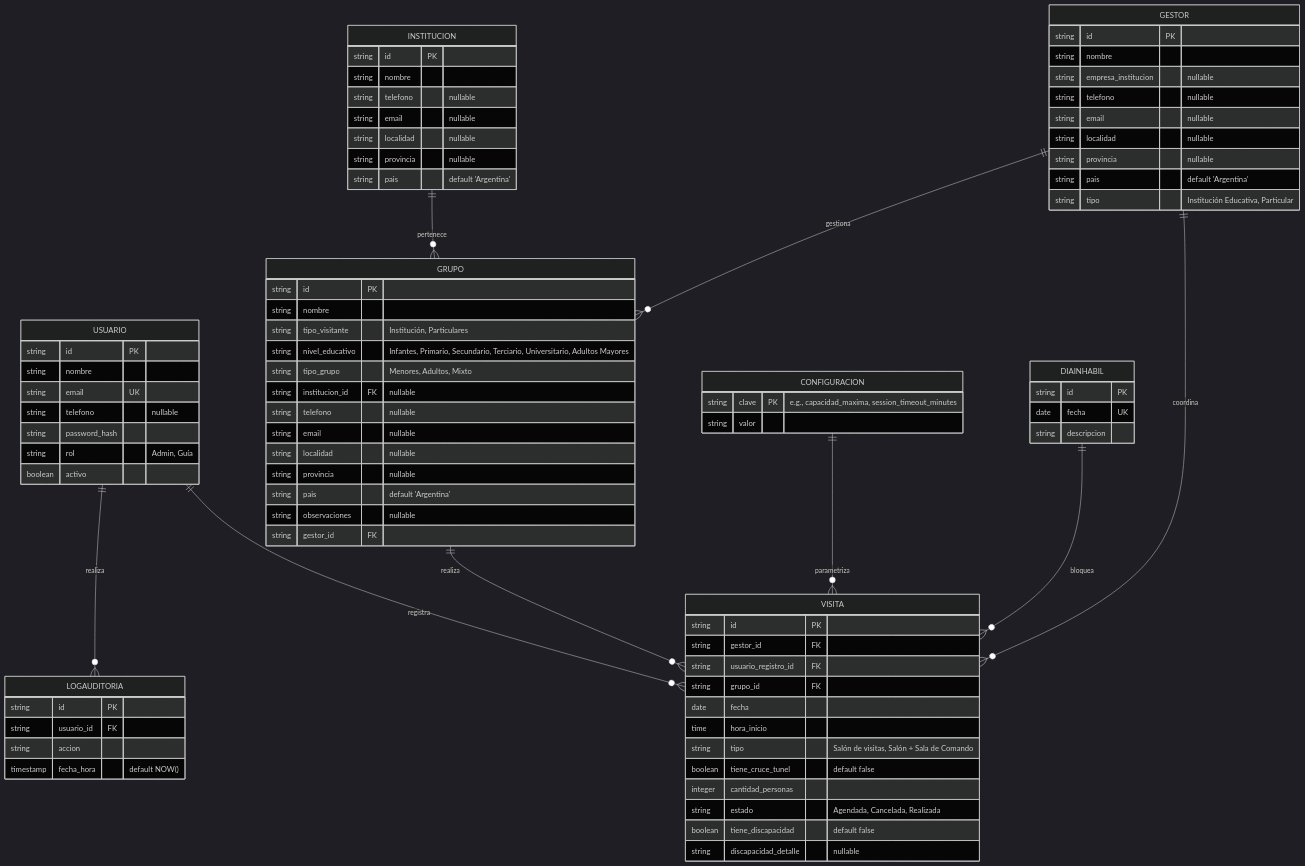
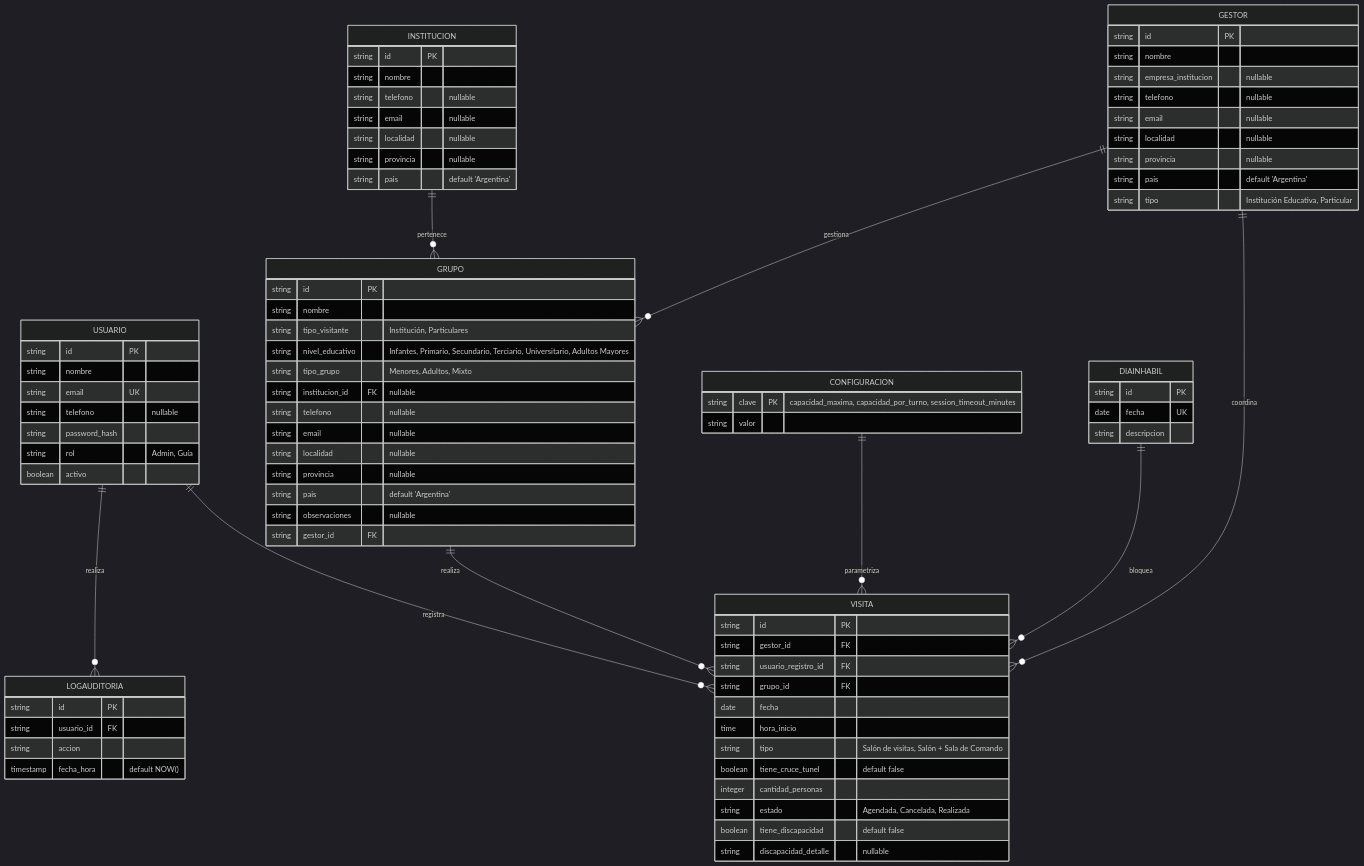
The second of 3 diagrams in docs/arquitectura.md (JuanM84/gestor-visitas), drawn with Mermaid (dark theme) before and after one commit. The commit also changed other lines of this file and 10 other files, not shown here.

Commit message:
Add: funcion de mas de un grupo por turno

```diff
--- a/docs/arquitectura.md
+++ b/docs/arquitectura.md
@@ -182,7 +182,7 @@
     }
 
     CONFIGURACION {
-        string clave PK "e.g., capacidad_maxima, session_timeout_minutes"
+        string clave PK "capacidad_maxima, capacidad_por_turno, session_timeout_minutes"
         string valor
     }
 
```
